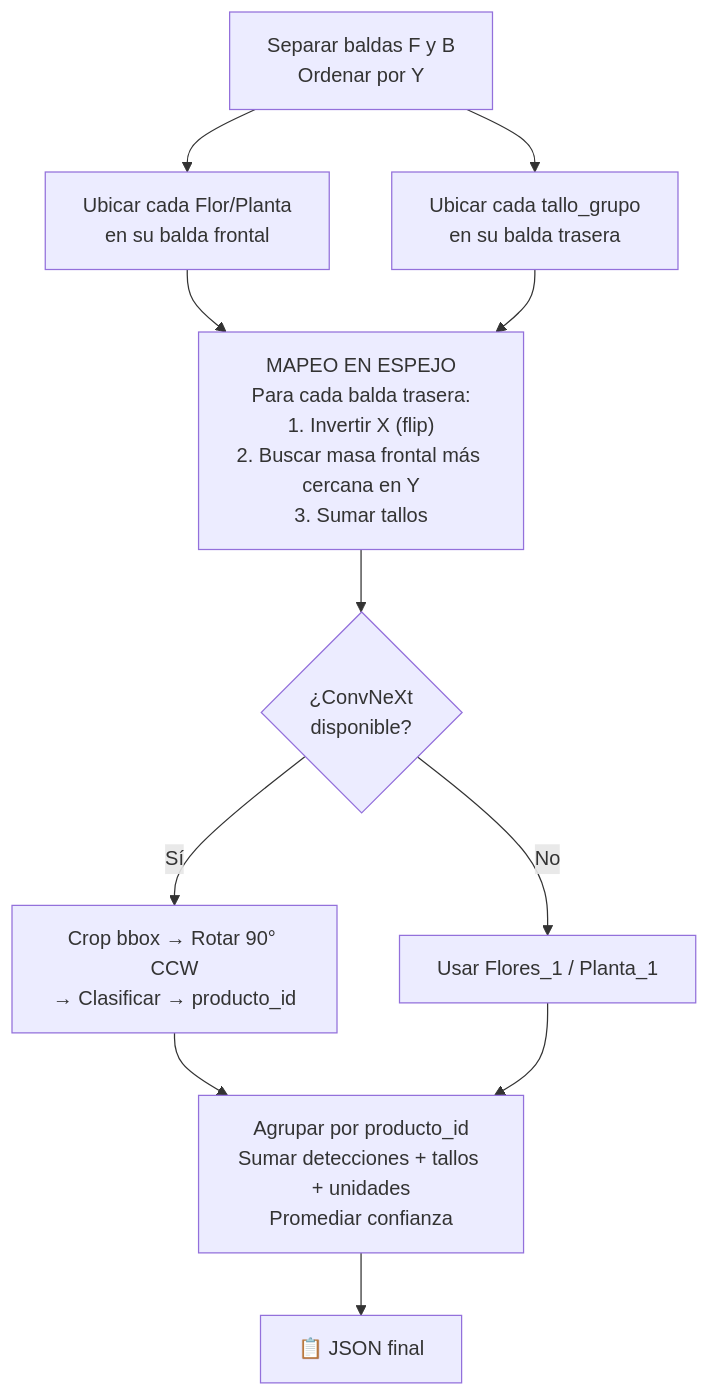
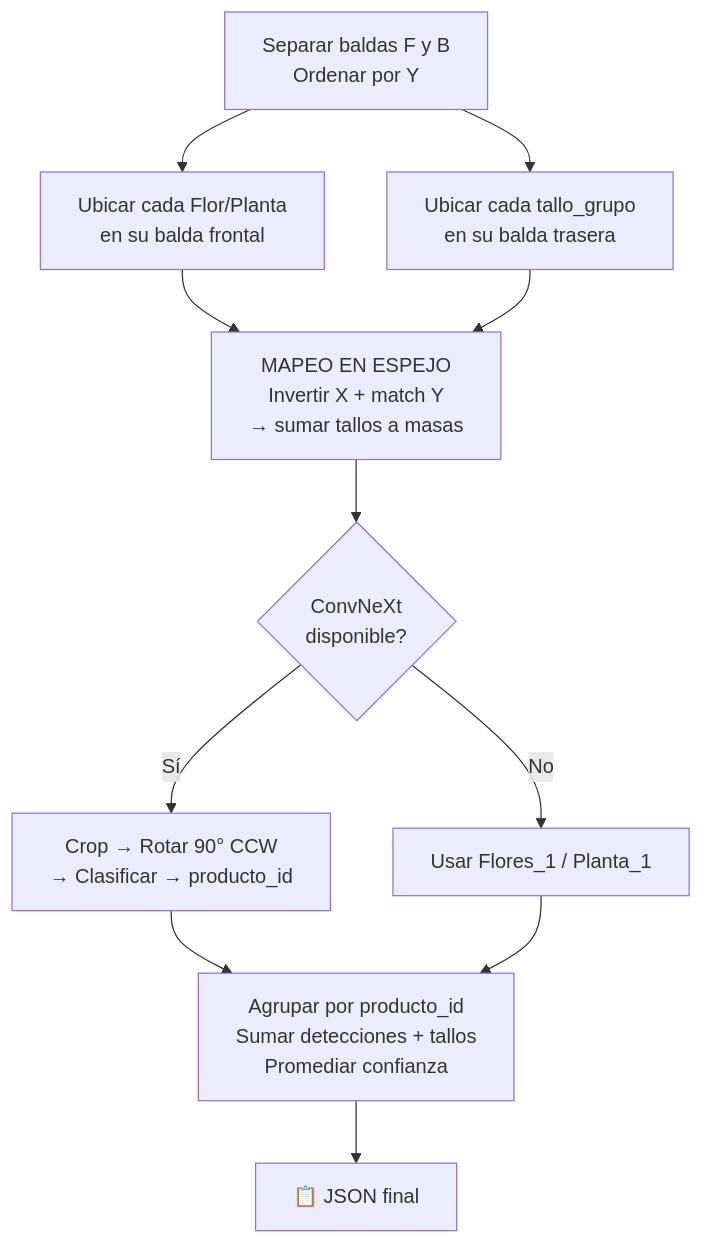
The third of 3 diagrams in README.md (alexdme1/py_PROYECTO_H), drawn with Mermaid before and after one commit. The commit also changed other lines of this file, not shown here.

Commit message:
docs: rehacer README limpio con Mermaid

````diff
--- a/README.md
+++ b/README.md
@@ -343,17 +341,13 @@
 ```mermaid
 flowchart TD
-    A["Separar baldas F y B\nOrdenar por Y"] --> B["Ubicar cada Flor/Planta\nen su balda frontal"]
-    A --> C["Ubicar cada tallo_grupo\nen su balda trasera"]
-    
-    B --> D["MAPEO EN ESPEJO\nPara cada balda trasera:\n1. Invertir X (flip)\n2. Buscar masa frontal más cercana en Y\n3. Sumar tallos"]
+    A["Separar baldas F y B<br/>Ordenar por Y"] --> B["Ubicar cada Flor/Planta<br/>en su balda frontal"]
+    A --> C["Ubicar cada tallo_grupo<br/>en su balda trasera"]
+    B --> D["MAPEO EN ESPEJO<br/>Invertir X + match Y<br/>→ sumar tallos a masas"]
     C --> D
-    
-    D --> E{"¿ConvNeXt\ndisponible?"}
-    E -- "Sí" --> F["Crop bbox → Rotar 90° CCW\n→ Clasificar → producto_id"]
-    E -- "No" --> G["Usar Flores_1 / Planta_1"]
-    
-    F --> H["Agrupar por producto_id\nSumar detecciones + tallos + unidades\nPromediar confianza"]
+    D --> E{"ConvNeXt<br/>disponible?"}
+    E -- Sí --> F["Crop → Rotar 90° CCW<br/>→ Clasificar → producto_id"]
+    E -- No --> G["Usar Flores_1 / Planta_1"]
+    F --> H["Agrupar por producto_id<br/>Sumar detecciones + tallos<br/>Promediar confianza"]
     G --> H
-    
     H --> I["📋 JSON final"]
 ```
````
